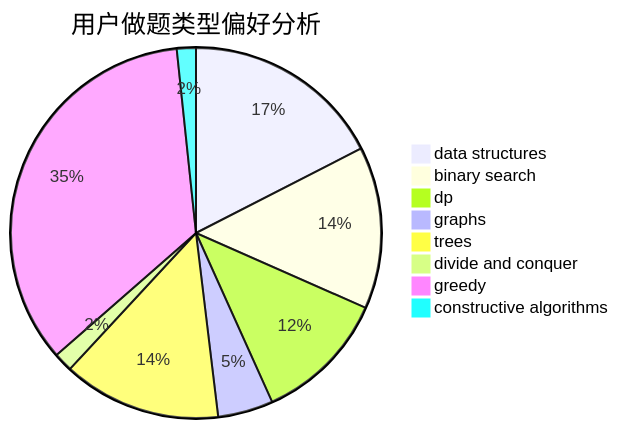
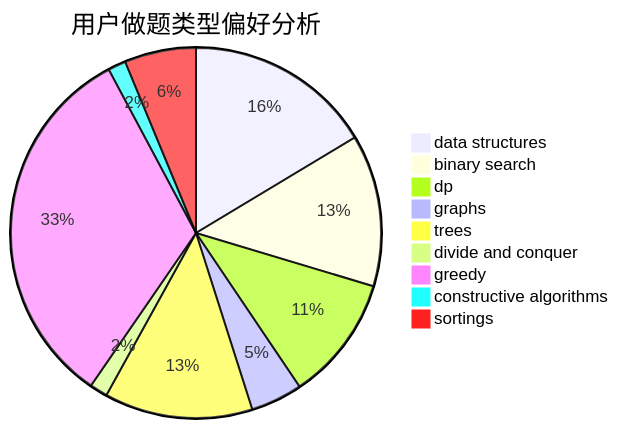
One commit to sherpahu/cfrs.github.io changed the second of 3 diagrams in docs/user/u1560.md. Above: the diagram before and after it, drawn with Mermaid. The commit also changed other lines of this file and 2769 other files, not shown here.

````diff
--- a/docs/user/u1560.md
+++ b/docs/user/u1560.md
@@ -23,11 +18,12 @@
 ```mermaid
 pie title 用户做题类型偏好分析
     "data structures" :  105
     "binary search" :  85
     "dp" :  70
     "graphs" :  29
     "trees" :  83
     "divide and conquer" :  10
     "greedy" :  209
     "constructive algorithms" :  10
+    "sortings" :  40
 ```
````
